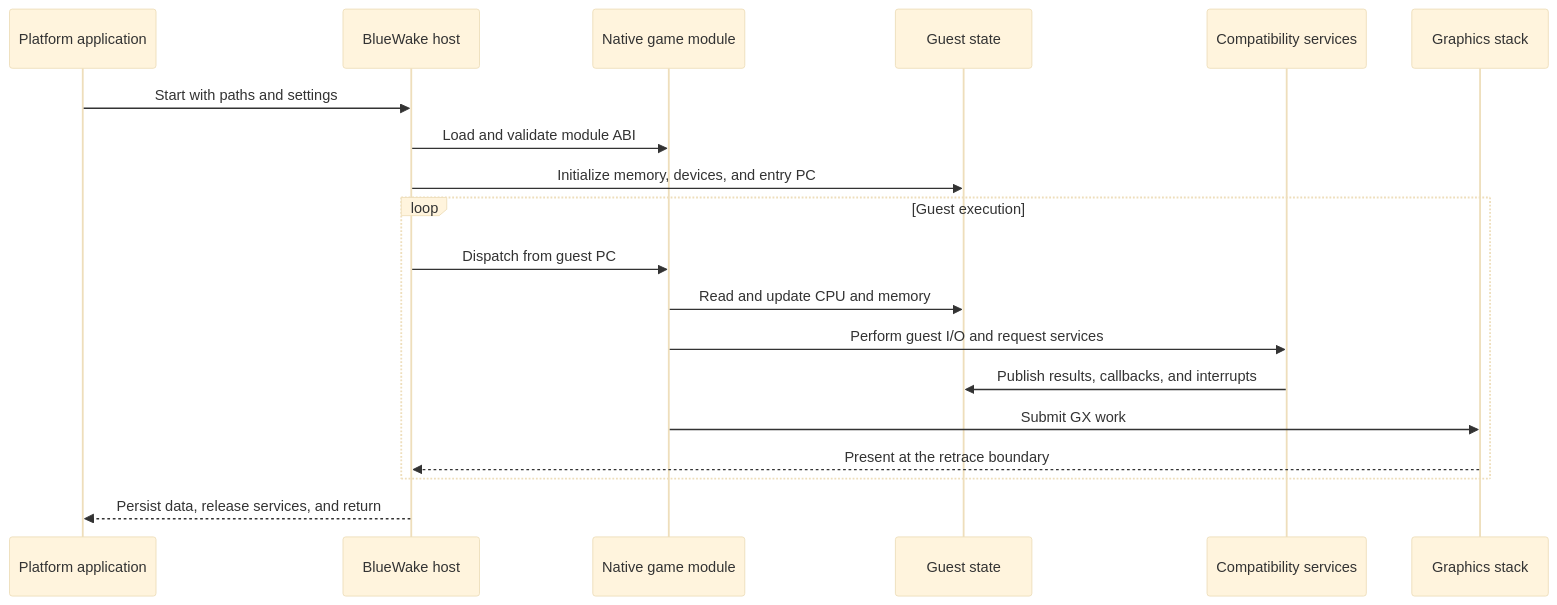
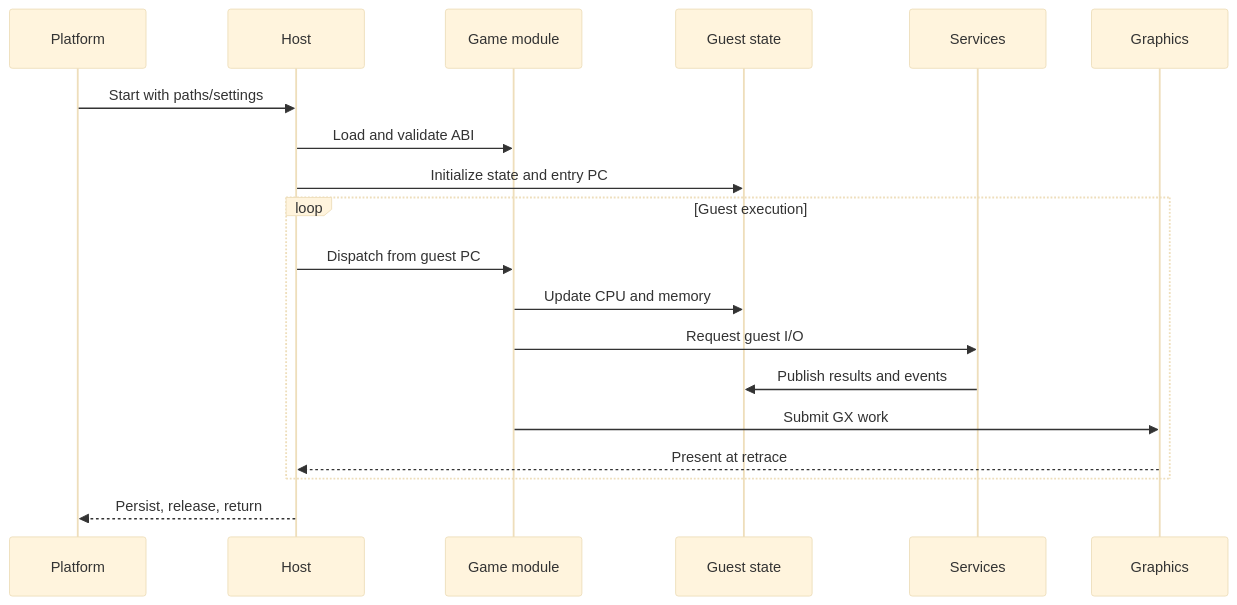
One commit to Aelbannan/boat_of_daphnes changed the second of 2 diagrams in docs/architecture/Runtime.md. Above: the diagram before and after it, drawn with Mermaid (base theme). The commit also changed other lines of this file, not shown here.

Commit message:
docs: prevent runtime diagram label clipping

````diff
--- a/docs/architecture/Runtime.md
+++ b/docs/architecture/Runtime.md
@@ -162,22 +162,22 @@
 ```mermaid
 sequenceDiagram
-    participant P as Platform application
-    participant H as BlueWake host
-    participant M as Native game module
+    participant P as Platform
+    participant H as Host
+    participant M as Game module
     participant G as Guest state
-    participant S as Compatibility services
-    participant R as Graphics stack
+    participant S as Services
+    participant R as Graphics
 
-    P->>H: Start with paths and settings
-    H->>M: Load and validate module ABI
-    H->>G: Initialize memory, devices, and entry PC
+    P->>H: Start with paths/settings
+    H->>M: Load and validate ABI
+    H->>G: Initialize state and entry PC
     loop Guest execution
         H->>M: Dispatch from guest PC
-        M->>G: Read and update CPU and memory
-        M->>S: Perform guest I/O and request services
-        S->>G: Publish results, callbacks, and interrupts
+        M->>G: Update CPU and memory
+        M->>S: Request guest I/O
+        S->>G: Publish results and events
         M->>R: Submit GX work
-        R-->>H: Present at the retrace boundary
+        R-->>H: Present at retrace
     end
-    H-->>P: Persist data, release services, and return
+    H-->>P: Persist, release, return
 ```
````
